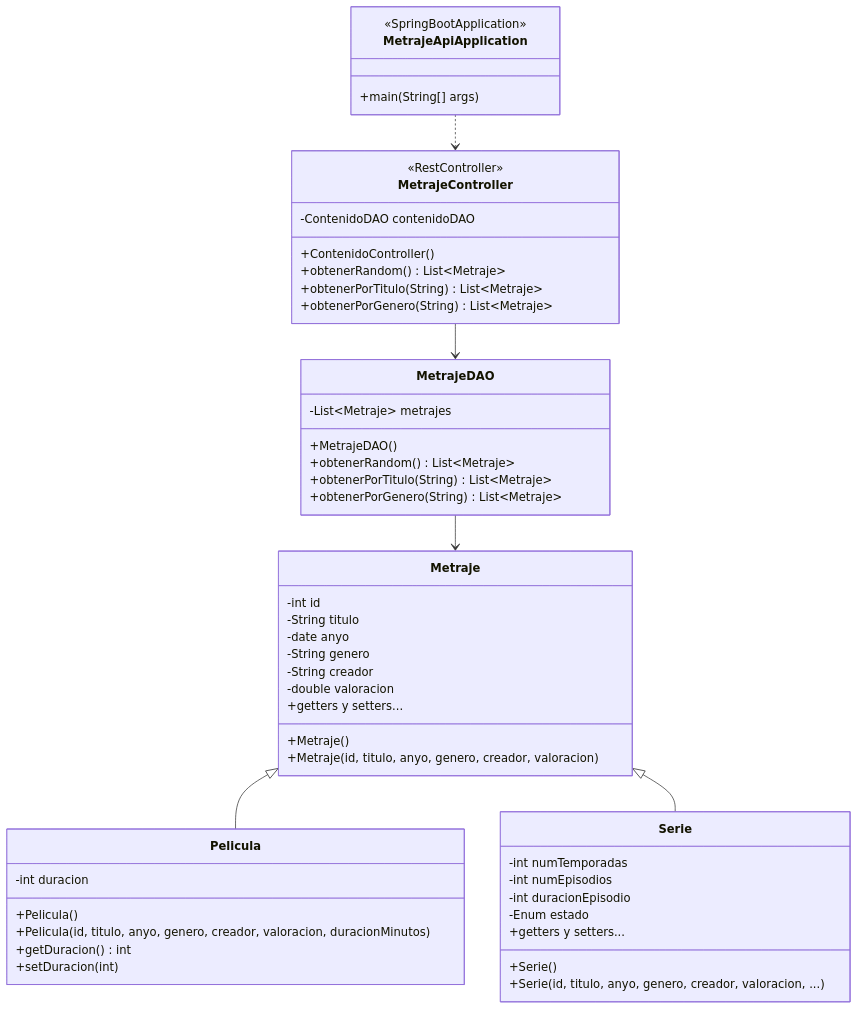
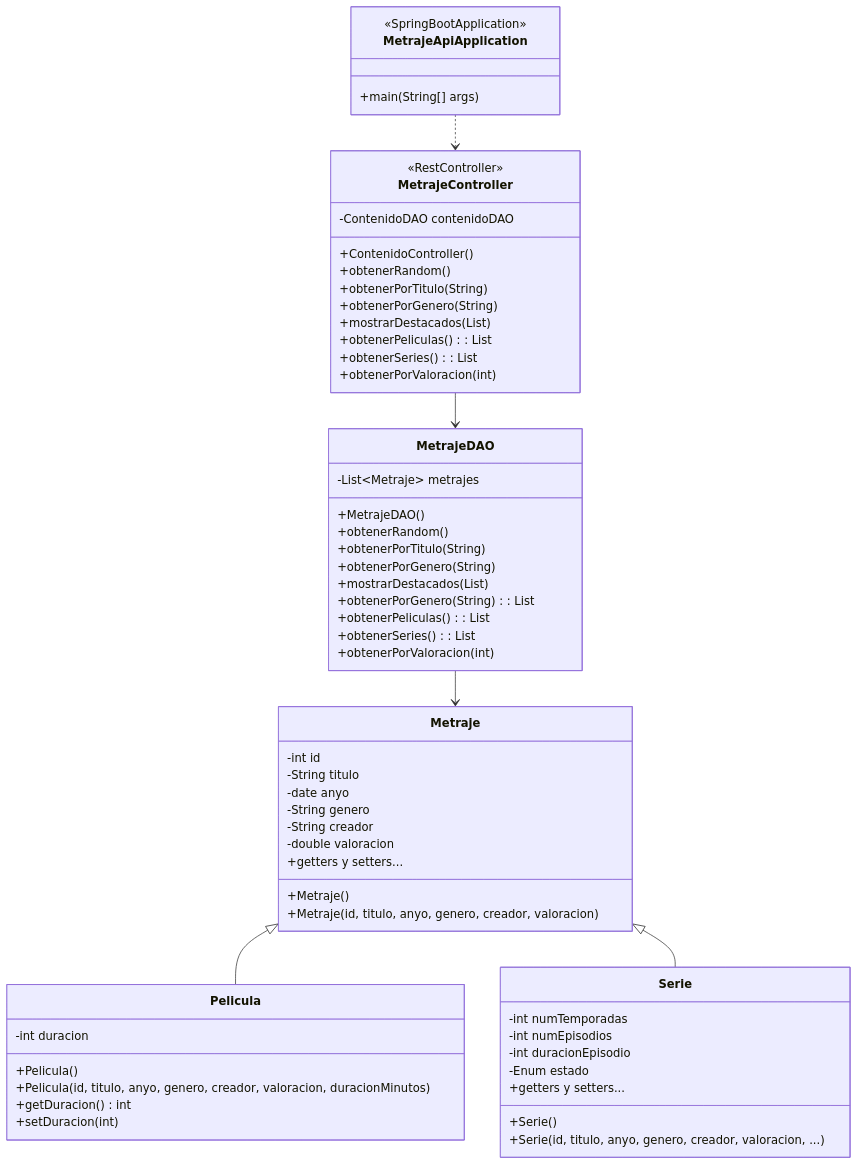
The diagram in diseño/diagrama_clase.md (JesusCanas/PlotTwist), drawn with Mermaid before and after one commit. The commit also changed 1 other file, not shown here.

Commit message:
subir cambios diseño

````diff
--- a/diseño/diagrama_clase.md
+++ b/diseño/diagrama_clase.md
@@ -2,60 +2,69 @@
 ```mermaid
 classDiagram
     class Metraje{
         -int id
         -String titulo
         -date anyo
         -String genero
         -String creador
         -double valoracion
         +Metraje()
         +Metraje(id, titulo, anyo, genero, creador, valoracion)
         +getters y setters...
     }
 
     class Pelicula {
         -int duracion
         +Pelicula()
         +Pelicula(id, titulo, anyo, genero, creador, valoracion, duracionMinutos)
         +getDuracion() int
         +setDuracion(int)
     }
 
     class Serie {
         -int numTemporadas
         -int numEpisodios
         -int duracionEpisodio
         -Enum estado
         +Serie()
         +Serie(id, titulo, anyo, genero, creador, valoracion, ...)
         +getters y setters...
     }
 
     class  MetrajeDAO {
         -List~Metraje~ metrajes
         +MetrajeDAO()
-        +obtenerRandom() List~Metraje~
-        +obtenerPorTitulo(String) List~Metraje~
-        +obtenerPorGenero(String) List~Metraje~
+        +obtenerRandom() 
+        +obtenerPorTitulo(String) 
+        +obtenerPorGenero(String)
+        +mostrarDestacados(List<Metraje>)
+        +obtenerPorGenero(String) : List<Contenido>
+        +obtenerPeliculas() : List<Pelicula>
+        +obtenerSeries() : List<Serie>
+        +obtenerPorValoracion(int)
     }
 
     class MetrajeController {
         <<RestController>>
         -ContenidoDAO contenidoDAO
         +ContenidoController()
-        +obtenerRandom() List~Metraje~
-        +obtenerPorTitulo(String) List~Metraje~
-        +obtenerPorGenero(String) List~Metraje~
+        +obtenerRandom()
+        +obtenerPorTitulo(String)
+        +obtenerPorGenero(String) 
+        +mostrarDestacados(List<Metraje>)
+        +obtenerPeliculas() : List<Pelicula>
+        +obtenerSeries() : List<Serie>
+        +obtenerPorValoracion(int)
     }
 
     class MetrajeApiApplication {
         <<SpringBootApplication>>
         +main(String[] args)
     }
 
     Metraje <|-- Pelicula
     Metraje <|-- Serie 
     MetrajeDAO --> Metraje 
     MetrajeController --> MetrajeDAO 
     MetrajeApiApplication ..> MetrajeController 
 ```
````
